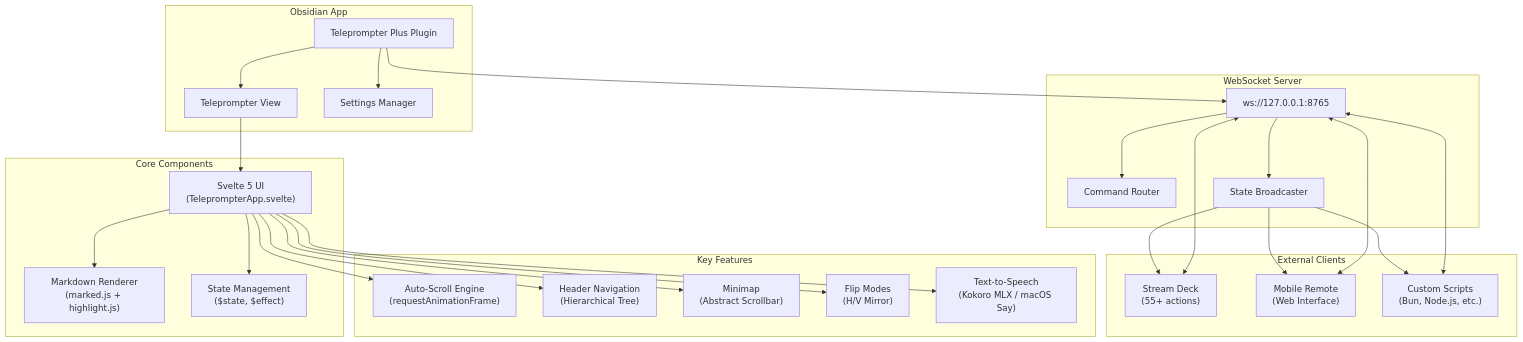
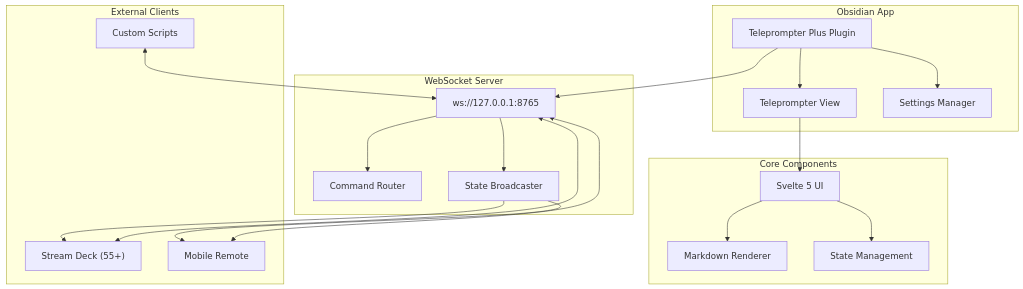
One commit to JuracyAmerico/obsidian-teleprompter-plus changed the diagram in README.md. Above: the diagram before and after it, drawn with Mermaid. The commit also changed other lines of this file and 4 other files, not shown here.

````diff
--- a/README.md
+++ b/README.md
@@ -85,56 +196,40 @@
 ```mermaid
 flowchart TB
     subgraph Obsidian["Obsidian App"]
         Plugin["Teleprompter Plus Plugin"]
         View["Teleprompter View"]
         Settings["Settings Manager"]
         Plugin --> View
         Plugin --> Settings
     end
 
     subgraph Core["Core Components"]
-        Svelte["Svelte 5 UI\n(TeleprompterApp.svelte)"]
-        Markdown["Markdown Renderer\n(marked.js + highlight.js)"]
-        State["State Management\n($state, $effect)"]
+        Svelte["Svelte 5 UI"]
+        Markdown["Markdown Renderer"]
+        State["State Management"]
         View --> Svelte
         Svelte --> Markdown
         Svelte --> State
     end
 
     subgraph Server["WebSocket Server"]
         WS["ws://127.0.0.1:8765"]
         Commands["Command Router"]
         Broadcast["State Broadcaster"]
         WS --> Commands
         WS --> Broadcast
     end
 
     subgraph Clients["External Clients"]
-        StreamDeck["Stream Deck\n(55+ actions)"]
-        Mobile["Mobile Remote\n(Web Interface)"]
-        Custom["Custom Scripts\n(Bun, Node.js, etc.)"]
-    end
-
-    subgraph Features["Key Features"]
-        AutoScroll["Auto-Scroll Engine\n(requestAnimationFrame)"]
-        Navigation["Header Navigation\n(Hierarchical Tree)"]
-        Minimap["Minimap\n(Abstract Scrollbar)"]
-        Flip["Flip Modes\n(H/V Mirror)"]
-        TTS["Text-to-Speech\n(Kokoro MLX / macOS Say)"]
+        StreamDeck["Stream Deck (55+)"]
+        Mobile["Mobile Remote"]
+        Custom["Custom Scripts"]
     end
 
     Plugin --> WS
-    Svelte --> AutoScroll
-    Svelte --> Navigation
-    Svelte --> Minimap
-    Svelte --> Flip
-    Svelte --> TTS
-
     StreamDeck <--> WS
     Mobile <--> WS
     Custom <--> WS
-
     Broadcast --> StreamDeck
     Broadcast --> Mobile
-    Broadcast --> Custom
 ```
````
